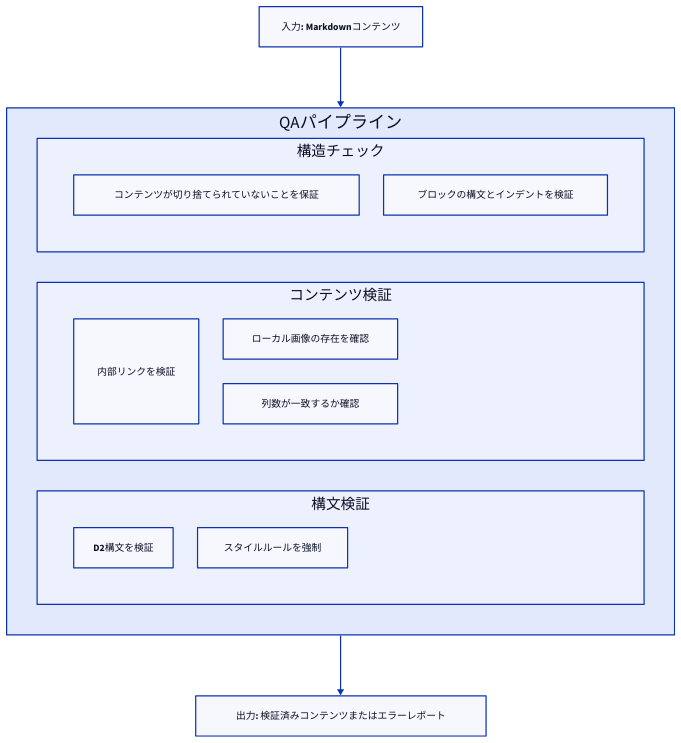
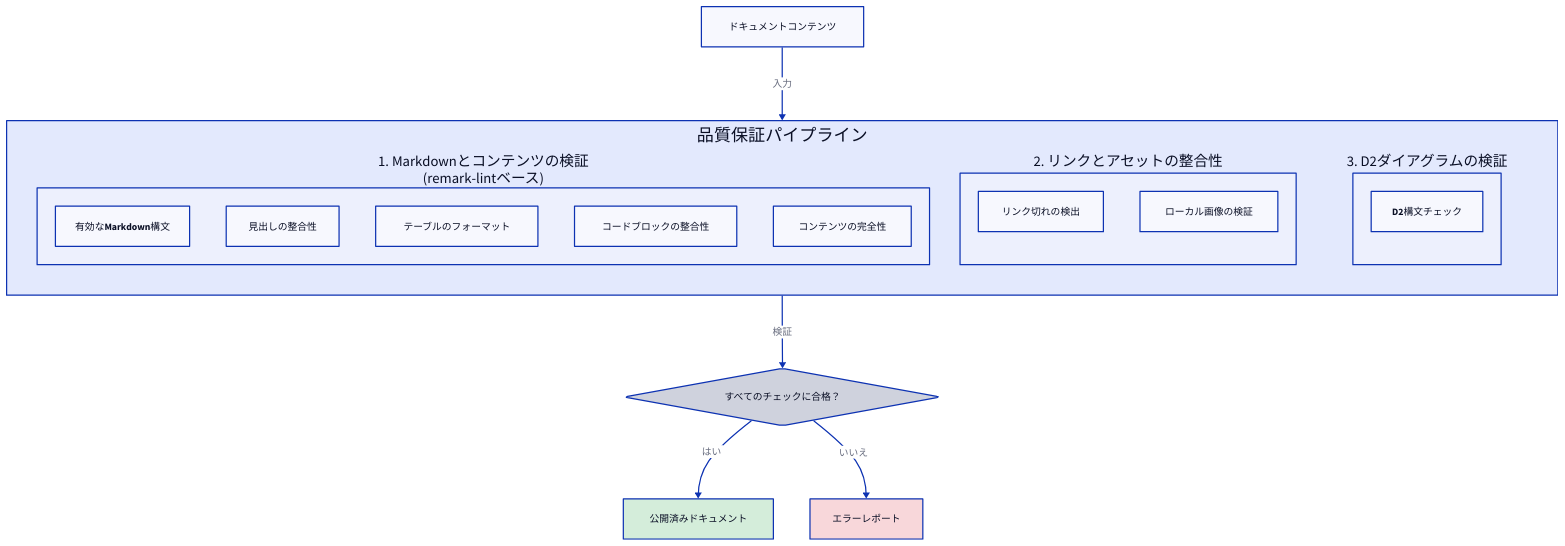
One commit to AIGNE-io/aigne-doc-smith changed the diagram in docs/advanced-quality-assurance.ja.md. Above: the diagram before and after it, drawn with D2. The commit also changed other lines of this file and 84 other files, not shown here.

````diff
--- a/docs/advanced-quality-assurance.ja.md
+++ b/docs/advanced-quality-assurance.ja.md
@@ -7,48 +5,63 @@
-```d2
+```d2 品質保証パイプライン icon=lucide:shield-check
 direction: down
 
-Input-Markdown-Content: {
-  label: "入力: Markdownコンテンツ"
+Documentation-Content: {
+  label: "ドキュメントコンテンツ"
   shape: rectangle
 }
 
-QA-Pipeline: {
-  label: "QAパイプライン"
+Quality-Assurance-Pipeline: {
+  label: "品質保証パイプライン"
   shape: rectangle
-  grid-columns: 1
+  grid-columns: 3
   grid-gap: 50
 
-  Structural-Checks: {
-    label: "構造チェック"
+  Markdown-Validation: {
+    label: "1. Markdownとコンテンツの検証\n(remark-lintベース)"
     shape: rectangle
-    grid-columns: 2
-    Completeness: "コンテンツが切り捨てられていないことを保証"
-    Code-Blocks: "ブロックの構文とインデントを検証"
+
+    Check-1: "有効なMarkdown構文"
+    Check-2: "見出しの整合性"
+    Check-3: "テーブルのフォーマット"
+    Check-4: "コードブロックの整合性"
+    Check-5: "コンテンツの完全性"
   }
 
-  Content-Validation: {
-    label: "コンテンツ検証"
+  Link-Asset-Validation: {
+    label: "2. リンクとアセットの整合性"
     shape: rectangle
-    grid-columns: 2
-    Link-Integrity: "内部リンクを検証"
-    Image-Paths: "ローカル画像の存在を確認"
-    Table-Formatting: "列数が一致するか確認"
+
+    Check-6: "リンク切れの検出"
+    Check-7: "ローカル画像の検証"
   }
 
-  Syntax-Validation: {
-    label: "構文検証"
+  D2-Diagram-Validation: {
+    label: "3. D2ダイアグラムの検証"
     shape: rectangle
-    grid-columns: 2
-    D2-Diagrams: "D2構文を検証"
-    Markdown-Linting: "スタイルルールを強制"
+
+    Check-8: "D2構文チェック"
   }
 }
 
-Output-Validated-Content-or-Error-Report: {
-  label: "出力: 検証済みコンテンツまたはエラーレポート"
-  shape: rectangle
+Validation-Result: {
+  label: "すべてのチェックに合格？"
+  shape: diamond
 }
 
-Input-Markdown-Content -> QA-Pipeline
-QA-Pipeline -> Output-Validated-Content-or-Error-Report
+Published-Documentation: {
+  label: "公開済みドキュメント"
+  shape: rectangle
+  style.fill: "#d4edda"
+}
+
+Error-Report: {
+  label: "エラーレポート"
+  shape: rectangle
+  style.fill: "#f8d7da"
+}
+
+Documentation-Content -> Quality-Assurance-Pipeline: "入力"
+Quality-Assurance-Pipeline -> Validation-Result: "検証"
+Validation-Result -> Published-Documentation: "はい"
+Validation-Result -> Error-Report: "いいえ"
 ```
````
